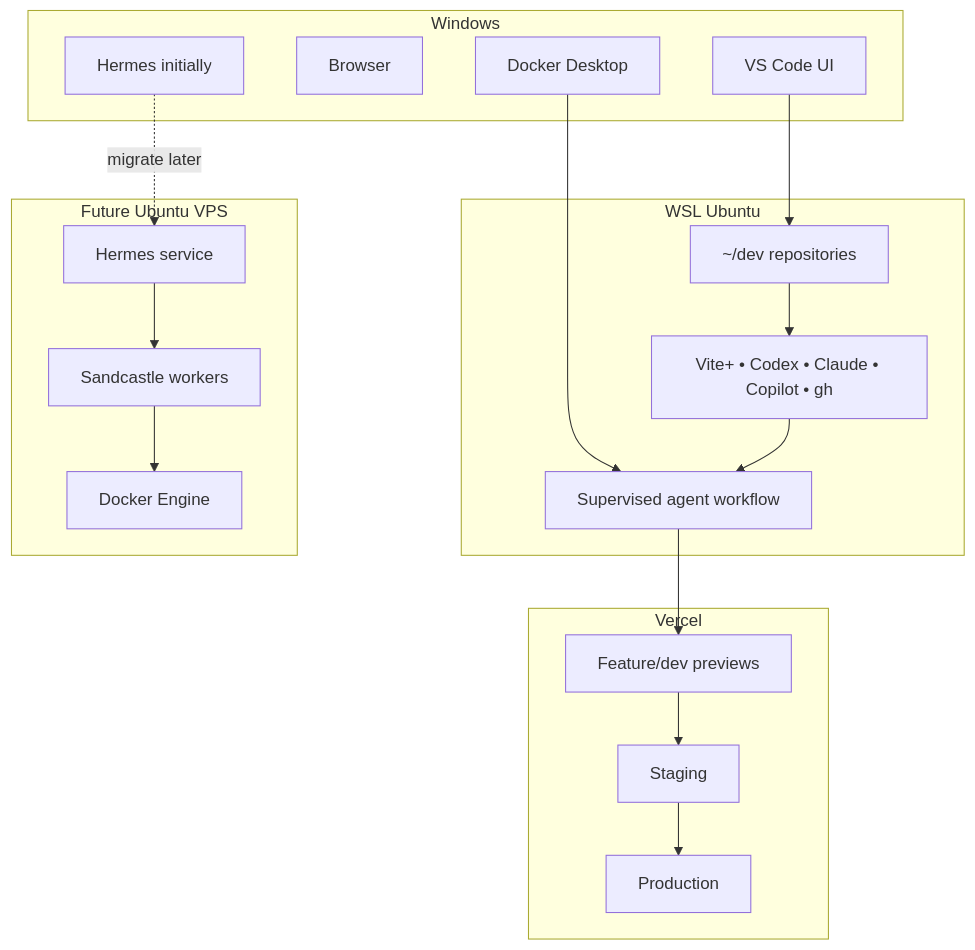
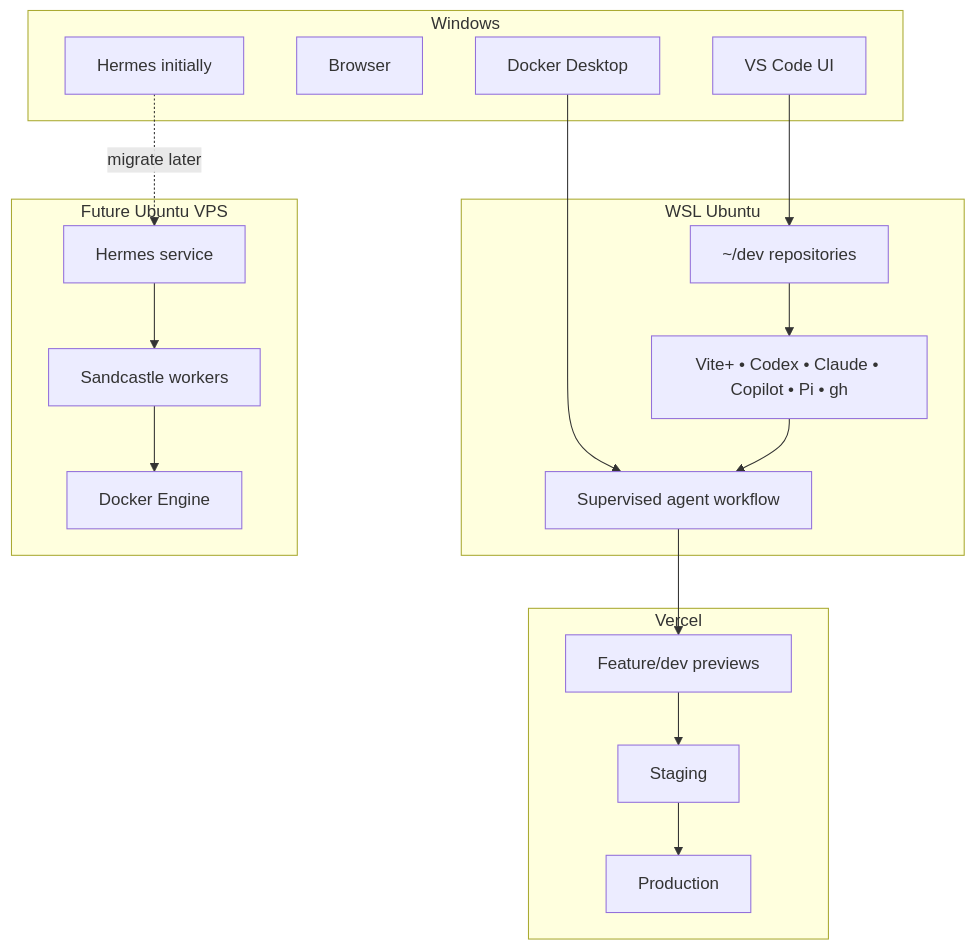
Before and after one commit to oneezy/agent-workflow: the fifth of 6 diagrams in README.md, drawn with Mermaid. The commit also changed other lines of this file, not shown here.

````diff
--- a/README.md
+++ b/README.md
@@ -1213,35 +1394,35 @@
 ```mermaid
 flowchart TB
   subgraph WINDOWS["Windows"]
     VSCODE["VS Code UI"]
     BROWSER["Browser"]
     DOCKER["Docker Desktop"]
     HERMES_LOCAL["Hermes initially"]
   end
 
   subgraph WSL["WSL Ubuntu"]
     REPOS["~/dev repositories"]
-    CLIS["Vite+ • Codex • Claude • Copilot • gh"]
+    CLIS["Vite+ • Codex • Claude • Copilot • Pi • gh"]
     WORKER["Supervised agent workflow"]
   end
 
   subgraph VERCEL["Vercel"]
     PREVIEW["Feature/dev previews"]
     STAGE["Staging"]
     PROD["Production"]
   end
 
   subgraph VPS["Future Ubuntu VPS"]
     HERMES["Hermes service"]
     SAND["Sandcastle workers"]
     ENGINE["Docker Engine"]
   end
 
   VSCODE --> REPOS
   DOCKER --> WORKER
   REPOS --> CLIS --> WORKER
   WORKER --> PREVIEW
   PREVIEW --> STAGE --> PROD
   HERMES_LOCAL -. migrate later .-> HERMES
   HERMES --> SAND --> ENGINE
 ```
````
